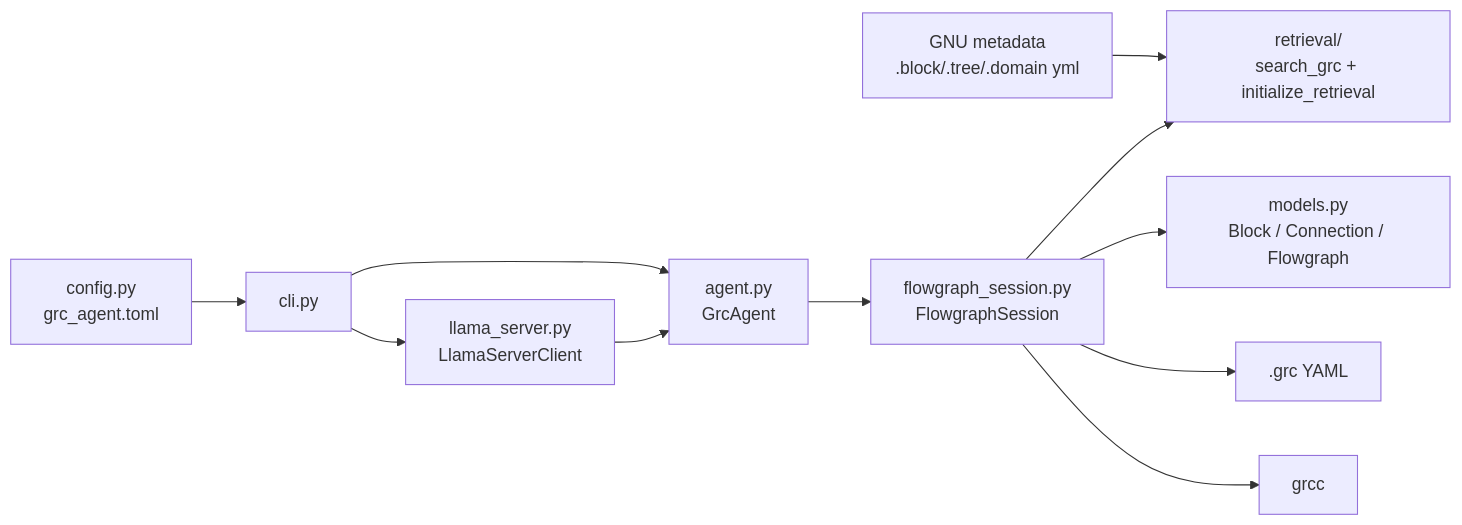
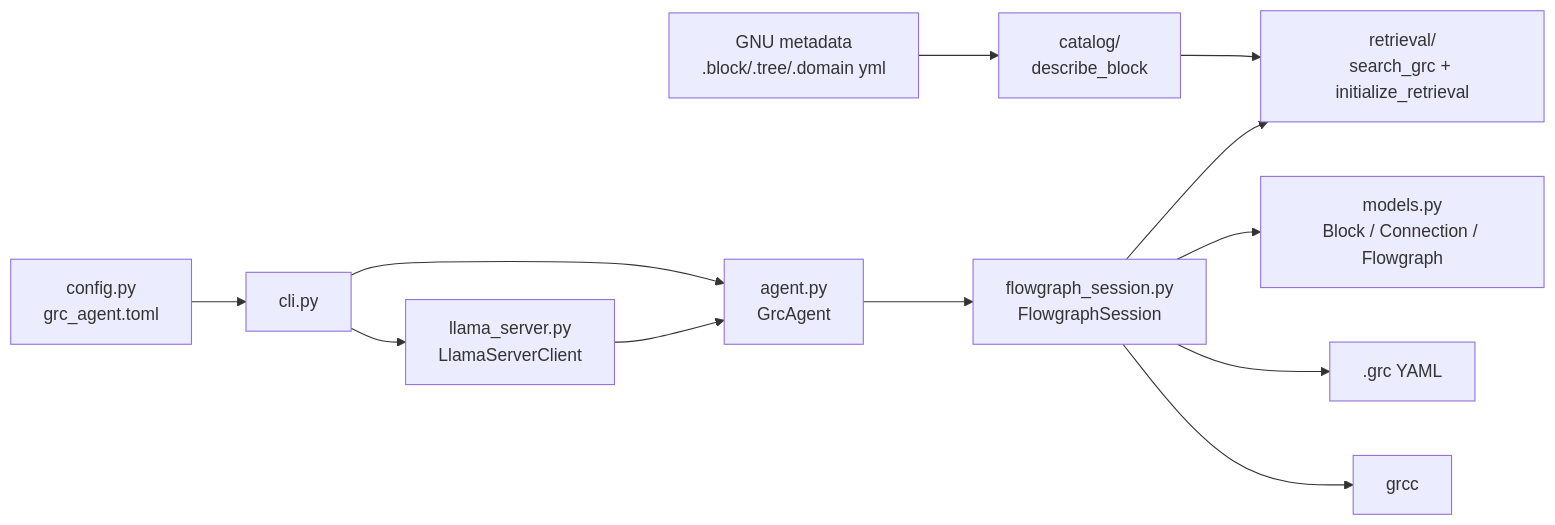
Before and after one commit to qoherent/GRC-Agent: the first of 2 diagrams in docs/PACKAGE_GUIDE.md, drawn with Mermaid. The commit also changed other lines of this file and 20 other files, not shown here.

First line of the commit message:
feat(catalog): Implement Phase 2 catalog for structured GNU block descriptions

````diff
--- a/docs/PACKAGE_GUIDE.md
+++ b/docs/PACKAGE_GUIDE.md
@@ -16,24 +16,26 @@
 ```mermaid
 flowchart LR
   Config["config.py<br/>grc_agent.toml"]
   CLI["cli.py"]
   Llama["llama_server.py<br/>LlamaServerClient"]
   Agent["agent.py<br/>GrcAgent"]
+  CatalogPkg["catalog/<br/>describe_block"]
   Retrieval["retrieval/<br/>search_grc + initialize_retrieval"]
   Session["flowgraph_session.py<br/>FlowgraphSession"]
-  Catalog["GNU metadata<br/>.block/.tree/.domain yml"]
+  GnuCatalog["GNU metadata<br/>.block/.tree/.domain yml"]
   Models["models.py<br/>Block / Connection / Flowgraph"]
   Raw[".grc YAML"]
   Grcc["grcc"]
 
   Config --> CLI
   CLI --> Agent
   CLI --> Llama
   Llama --> Agent
   Agent --> Session
-  Catalog --> Retrieval
+  GnuCatalog --> CatalogPkg
+  CatalogPkg --> Retrieval
   Session --> Retrieval
   Session --> Models
   Session --> Raw
   Session --> Grcc
 ```
````
